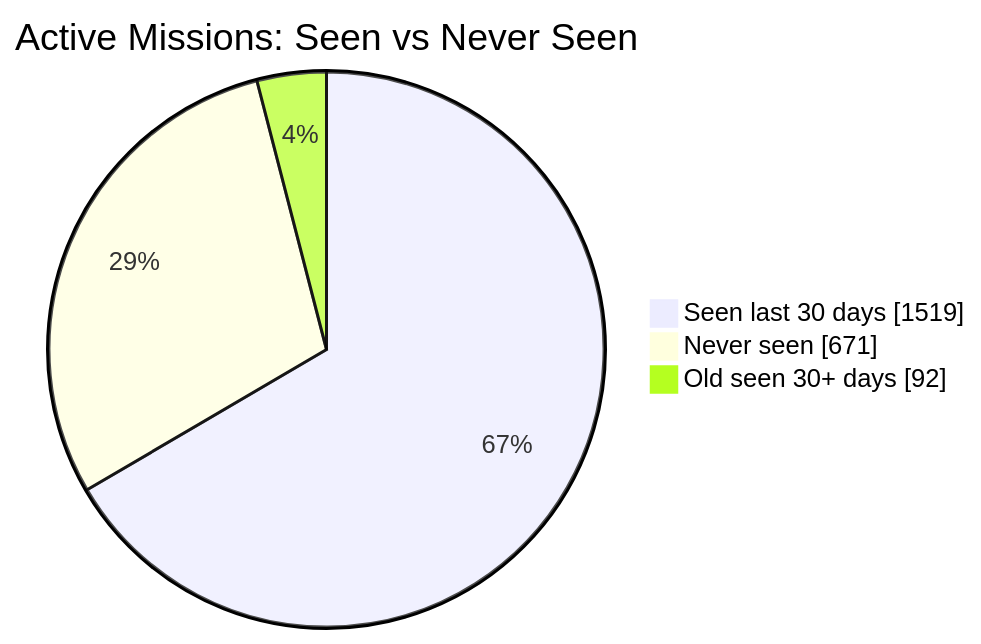
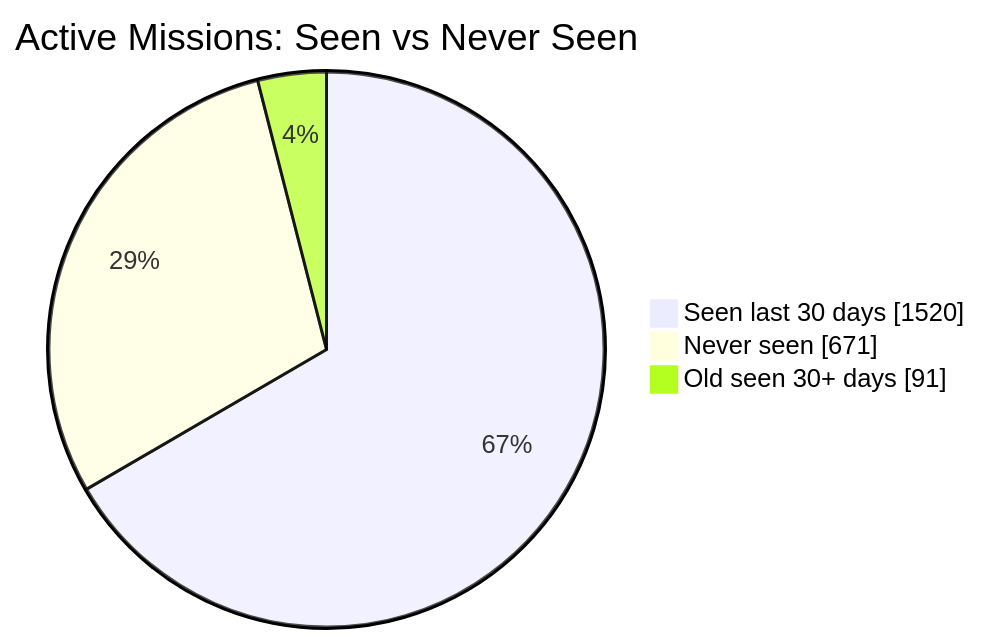
One commit to MeldkamerspelGameTeam/active-missions changed the first of 2 diagrams in README.md. Above: the diagram before and after it, drawn with Mermaid. The commit also changed other lines of this file and 2 other files, not shown here.

````diff
--- a/README.md
+++ b/README.md
@@ -34,7 +34,7 @@
 ```mermaid
 pie showData
     title Active Missions: Seen vs Never Seen
-    "Seen last 30 days" : 1519
+    "Seen last 30 days" : 1520
     "Never seen" : 671
-    "Old seen 30+ days" : 92
+    "Old seen 30+ days" : 91
 ```
````
